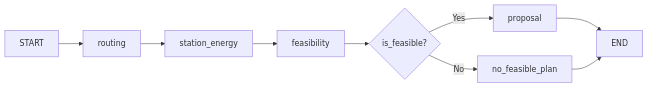
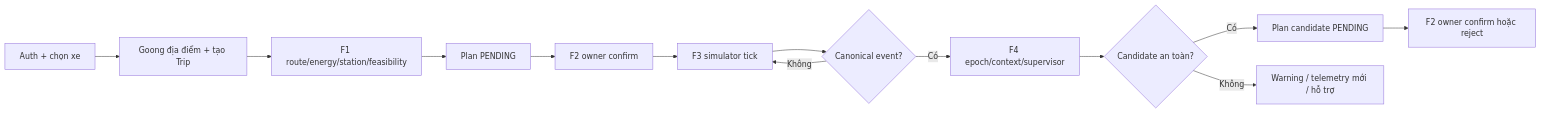
The second of 2 diagrams in ARCHITECTURE.md (hoangnph951/Deploy_EV), drawn with Mermaid before and after one commit. The commit also changed other lines of this file and 106 other files, not shown here.

````diff
--- a/ARCHITECTURE.md
+++ b/ARCHITECTURE.md
@@ -66,11 +126,15 @@
 ```mermaid
-graph LR
-    START --> A[routing]
-    A --> B[station_energy]
-    B --> C[feasibility]
-    C --> D{is_feasible?}
-    D -->|Yes| E[proposal]
-    D -->|No| F[no_feasible_plan]
-    E --> G[END]
-    F --> G
+flowchart LR
+    A[Auth + chọn xe] --> B[Goong địa điểm + tạo Trip]
+    B --> C[F1 route/energy/station/feasibility]
+    C --> D[Plan PENDING]
+    D --> E[F2 owner confirm]
+    E --> F[F3 simulator tick]
+    F --> G{Canonical event?}
+    G -- Không --> F
+    G -- Có --> H[F4 epoch/context/supervisor]
+    H --> I{Candidate an toàn?}
+    I -- Có --> J[Plan candidate PENDING]
+    I -- Không --> K[Warning / telemetry mới / hỗ trợ]
+    J --> L[F2 owner confirm hoặc reject]
 ```
````
